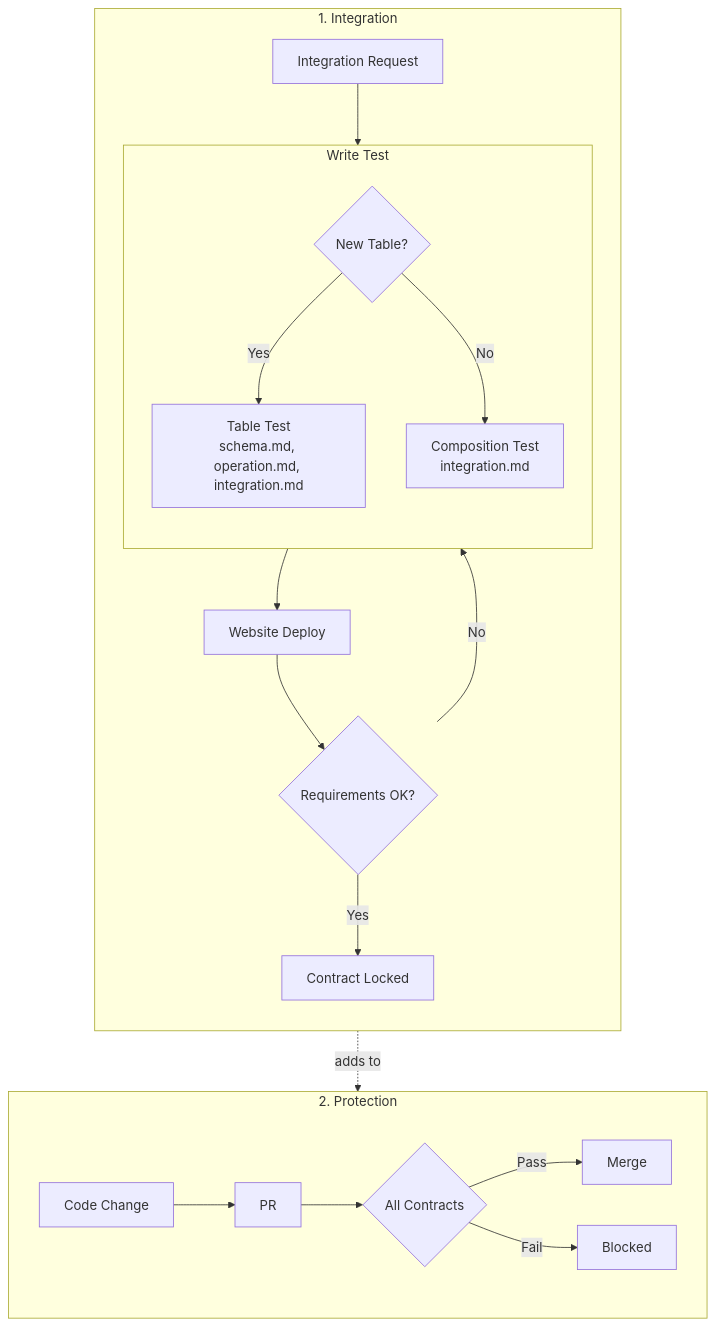
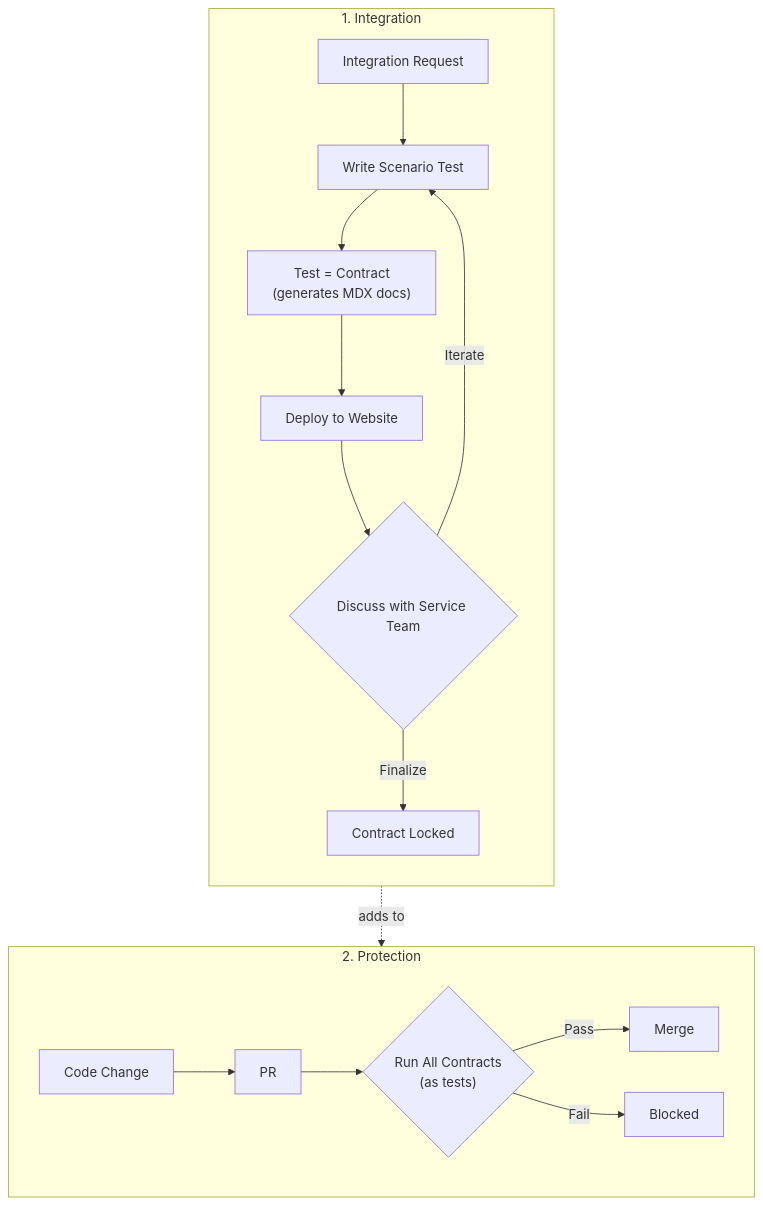
One commit to kakao/actionbase changed the diagram in website/src/content/docs/stories/contracts.mdx. Above: the diagram before and after it, drawn with Mermaid. The commit also changed other lines of this file, not shown here.

Commit message:
docs(stories): improve Tests as Contracts story with clearer structure and tone

````diff
--- a/website/src/content/docs/stories/contracts.mdx
+++ b/website/src/content/docs/stories/contracts.mdx
@@ -18,27 +43,24 @@
 ```mermaid
 flowchart TB
     subgraph Integration ["1. Integration"]
         direction TB
-        Request[Integration Request] --> Test
-        subgraph Test ["Write Test"]
-            direction TB
-            Decision{New Table?}
-            Decision -->|Yes| NewTable["Table Test<br/>schema.md, operation.md, integration.md"]
-            Decision -->|No| Compose["Composition Test<br/>integration.md"]
-        end
-        Test --> Deploy[Website Deploy]
-        Deploy --> Review{Requirements OK?}
-        Review -->|No| Test
-        Review -->|Yes| Locked[Contract Locked]
+        Request[Integration Request] --> Test["Write Scenario Test"]
+        Test --> Contract["Test = Contract
+        (generates MDX docs)"]
+        Contract --> Deploy["Deploy to Website"]
+        Deploy --> Review{Discuss with Service Team}
+        Review -->|Iterate| Test
+        Review -->|Finalize| Locked["Contract Locked"]
     end
 
     Locked -.->|adds to| Contracts
 
     subgraph Protection ["2. Protection"]
         direction LR
         Change[Code Change] --> PR[PR]
-        PR --> Contracts{All Contracts}
+        PR --> Contracts{"Run All Contracts
+        (as tests)"}
         Contracts -->|Pass| Merge[Merge]
         Contracts -->|Fail| Block[Blocked]
     end
 ```
````
